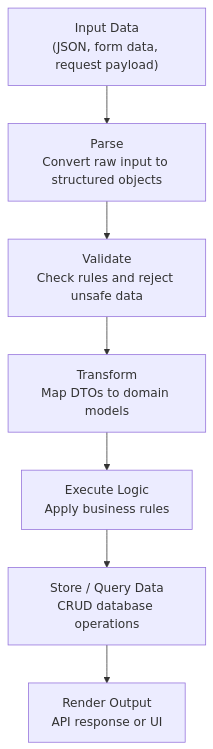
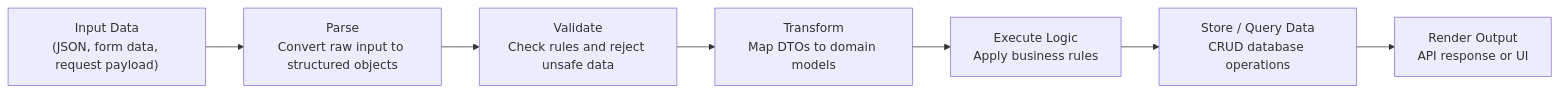
The diagram in docs/software-architecture-cheat-sheet.md (alexpjava/ApartmentPredictorAlpy), drawn with Mermaid before and after one commit.

Commit message:
Fix flowchart direction in software architecture cheat sheet

````diff
--- a/docs/software-architecture-cheat-sheet.md
+++ b/docs/software-architecture-cheat-sheet.md
@@ -6,19 +6,19 @@
 ```mermaid
-flowchart TD
+flowchart LR
     A["Input Data
 (JSON, form data, request payload)"]
     B["Parse
 Convert raw input to structured objects"]
     C["Validate
 Check rules and reject unsafe data"]
     D["Transform
 Map DTOs to domain models"]
     E["Execute Logic
 Apply business rules"]
     F["Store / Query Data
 CRUD database operations"]
     G["Render Output
 API response or UI"]
 
     A --> B --> C --> D --> E --> F --> G
 ```
````
